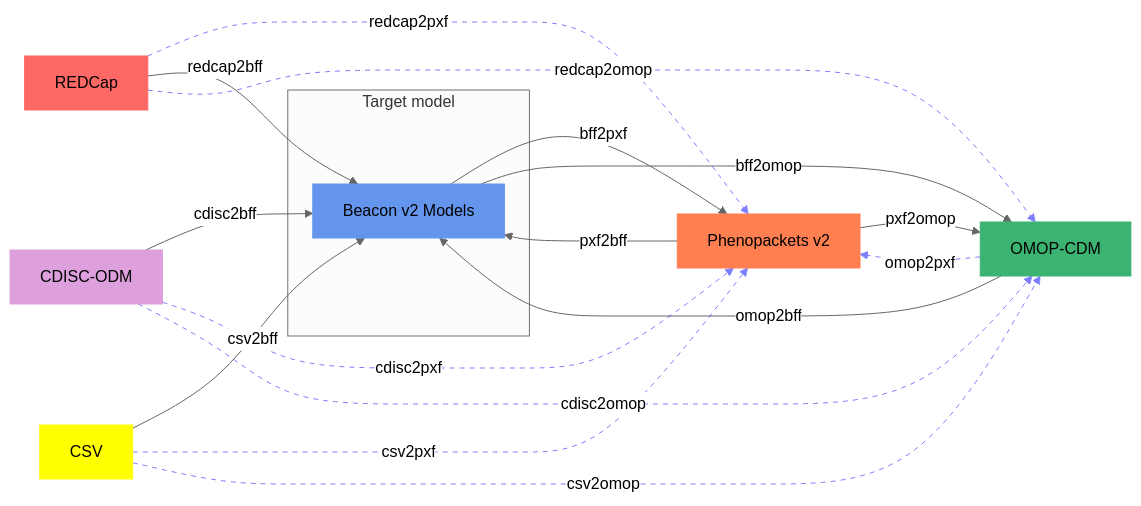
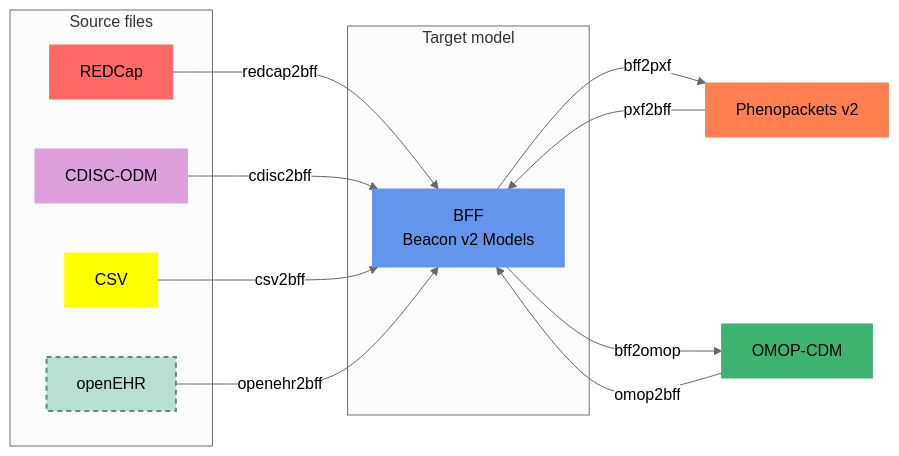
One commit to CNAG-Biomedical-Informatics/convert-pheno changed the first of 2 diagrams in docs-site/docs/supported-formats.mdx. Above: the diagram before and after it, drawn with Mermaid. The commit also changed other lines of this file and 48 other files, not shown here.

````diff
--- a/docs-site/docs/supported-formats.mdx
+++ b/docs-site/docs/supported-formats.mdx
@@ -49,32 +16,31 @@
 ```mermaid
 %%{init:{'theme':'neutral'}}%%
 graph LR
-  subgraph "Target model"
-    A[Beacon v2 Models]
+  subgraph "Source files"
+    C[REDCap]
+    E[CDISC-ODM]
+    F[CSV]
+    G[openEHR]
   end
 
-  A -->|bff2pxf| B[Phenopackets v2]
-  C[REDCap] -->|redcap2pxf| B
+  subgraph "Target model"
+    A["BFF<br/>Beacon v2 Models"]
+  end
+
+  C -->|redcap2bff| A
+  E -->|cdisc2bff| A
+  F -->|csv2bff| A
+  G -->|openehr2bff| A
+  B[Phenopackets v2] -->|pxf2bff| A
+  A -->|bff2pxf| B
   D[OMOP-CDM] -->|omop2bff| A
-  E[CDISC-ODM] -->|cdisc2bff| A
-  F[CSV] -->|csv2bff| A
-  B -->|pxf2bff| A
-  C -->|redcap2bff| A
-  D -->|omop2pxf| B
-  E -->|cdisc2pxf| B
-  F -->|csv2pxf| B
   A -->|bff2omop| D
-  F -->|csv2omop| D
-  E -->|cdisc2omop| D
-  C -->|redcap2omop| D
-  B -->|pxf2omop| D
 
   style A fill:#6495ED,stroke:#6495ED
   style B fill:#FF7F50,stroke:#FF7F50
   style C fill:#FF6965,stroke:#FF6965
   style D fill:#3CB371,stroke:#3CB371
   style E fill:#DDA0DD,stroke:#DDA0DD
   style F fill:#FFFF00,stroke:#FFFF00
-
-  linkStyle 1,7,8,9,11,12,13 stroke:#0000FF,stroke-width:1px,stroke-dasharray:5 5,opacity:0.5;
+  style G fill:#B8E0D2,stroke:#5B8F7B,stroke-width:2px,stroke-dasharray:5 4
 ```
````
